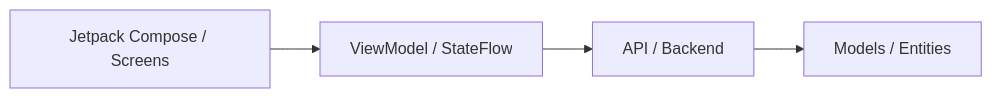
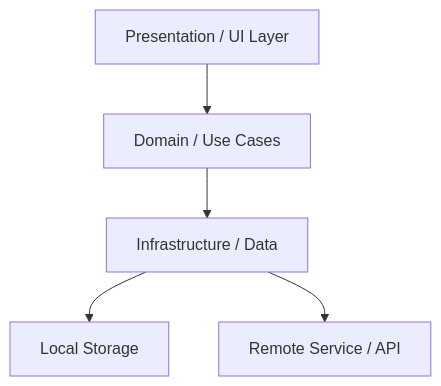
Before and after one commit to Agent-Rules-Ecosystem/kotlin-agent-rules: the diagram in templates/architecture.md, drawn with Mermaid. The commit also changed other lines of this file and 1 other file, not shown here.

Commit message:
fix(arch): align $archi with ARCHITECTURE_STANDARD.md v1.1 (Hub & Spoke + migration protocol)

````diff
--- a/templates/architecture.md
+++ b/templates/architecture.md
@@ -5,6 +16,7 @@
 ```mermaid
-graph LR
-    UI[Jetpack Compose / Screens] --> State[ViewModel / StateFlow]
-    State --> Service[API / Backend]
-    Service --> Model[Models / Entities]
+graph TD
+    UI[Presentation / UI Layer] --> DOMAIN[Domain / Use Cases]
+    DOMAIN --> INFRA[Infrastructure / Data]
+    INFRA --> LOCAL[Local Storage]
+    INFRA --> REMOTE[Remote Service / API]
 ```
````
